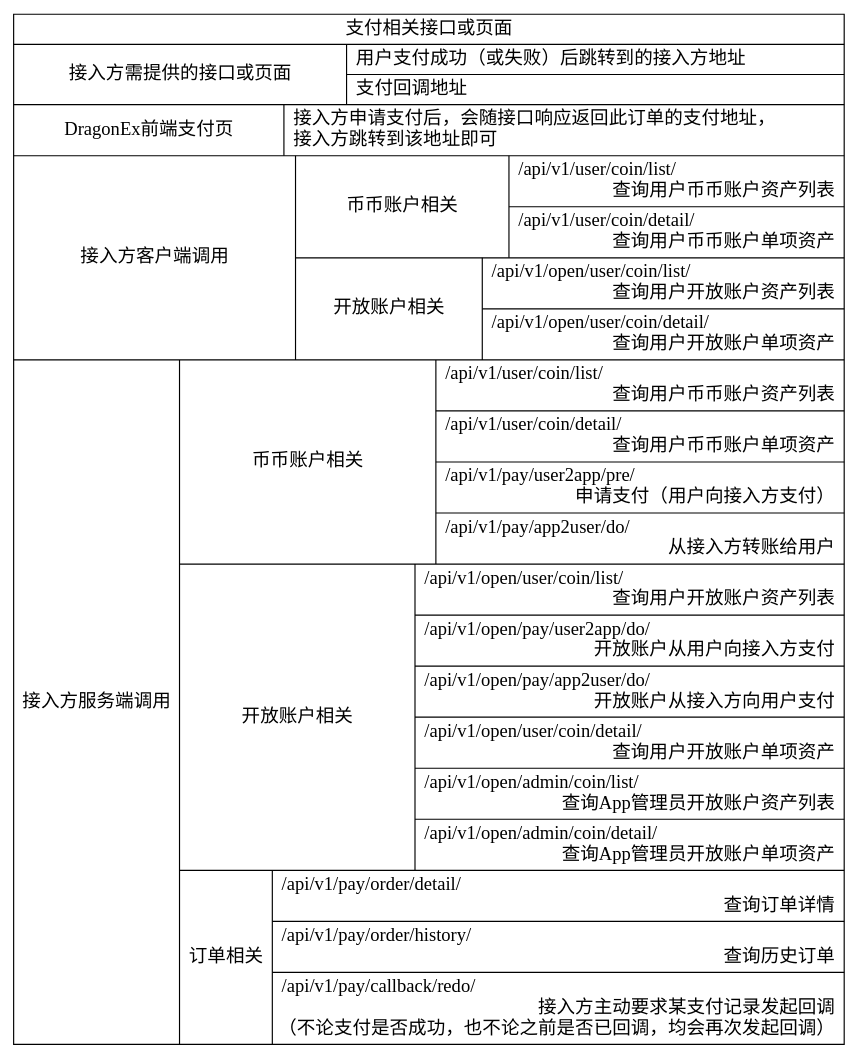
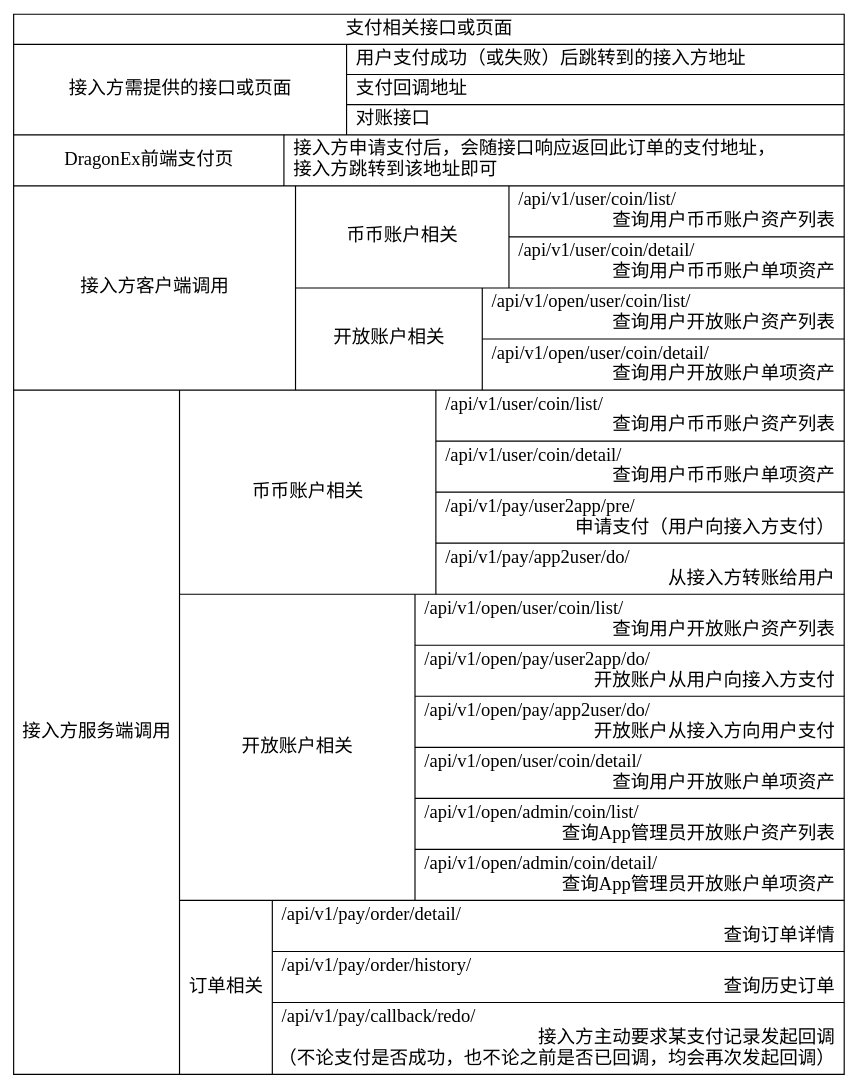
Before and after one commit to Dragonexio/OAuth: the diagram in docs/cn/images/payment_apis.dot, drawn with Graphviz. The commit also changed 1 other file, not shown here.

```diff
--- a/docs/cn/images/payment_apis.dot
+++ b/docs/cn/images/payment_apis.dot
@@ -1,82 +1,83 @@
 digraph g {
 graph [
     rankdir = "LR"
 ];
 
 node [
     fontsize = "16"
     shape=record
 ];
 
 PaymentApis [
     label = "支付相关接口或页面
     |
     {
         接入方需提供的接口或页面 |
         {
             用户支付成功（或失败）后跳转到的接入方地址 \l
             | 支付回调地址 \l
+            | 对账接口\l
         }
     }
     | 
     {
         DragonEx前端支付页 |
         {
             接入方申请支付后，会随接口响应返回此订单的支付地址，\l接入方跳转到该地址即可 \l
         }
     }
     | 
     {
         接入方客户端调用 | 
         {
             { 币币账户相关 |
                 {
                   /api/v1/user/coin/list/ \l 查询用户币币账户资产列表 \r
                   | /api/v1/user/coin/detail/ \l 查询用户币币账户单项资产 \r
                 }
             }
             |
             { 开放账户相关 |
                 {
                   /api/v1/open/user/coin/list/ \l 查询用户开放账户资产列表 \r
                   | /api/v1/open/user/coin/detail/ \l 查询用户开放账户单项资产 \r
                 }
             }
         }            
     }
     | 
     {
         接入方服务端调用 | 
         {
             { 币币账户相关 |
                 {
                   /api/v1/user/coin/list/ \l 查询用户币币账户资产列表 \r
                   | /api/v1/user/coin/detail/ \l 查询用户币币账户单项资产 \r
                   | /api/v1/pay/user2app/pre/ \l 申请支付（用户向接入方支付）\r
                   | /api/v1/pay/app2user/do/ \l 从接入方转账给用户\r
                 }
             }
             |
             { 开放账户相关 |
                 {
                   /api/v1/open/user/coin/list/ \l 查询用户开放账户资产列表 \r
                   | /api/v1/open/pay/user2app/do/ \l 开放账户从用户向接入方支付 \r
                   | /api/v1/open/pay/app2user/do/ \l 开放账户从接入方向用户支付 \r
                   | /api/v1/open/user/coin/detail/ \l 查询用户开放账户单项资产 \r
                   | /api/v1/open/admin/coin/list/ \l 查询App管理员开放账户资产列表 \r
                   | /api/v1/open/admin/coin/detail/ \l 查询App管理员开放账户单项资产 \r
                 }
             }
             |
             { 订单相关 |
                 {
                     /api/v1/pay/order/detail/ \l 查询订单详情 \r
                     | /api/v1/pay/order/history/ \l 查询历史订单 \r
                     | /api/v1/pay/callback/redo/ \l 接入方主动要求某支付记录发起回调\r（不论支付是否成功，也不论之前是否已回调，均会再次发起回调） \r
                 }
             }   
         }
     }
     "
 ]
 }
```
